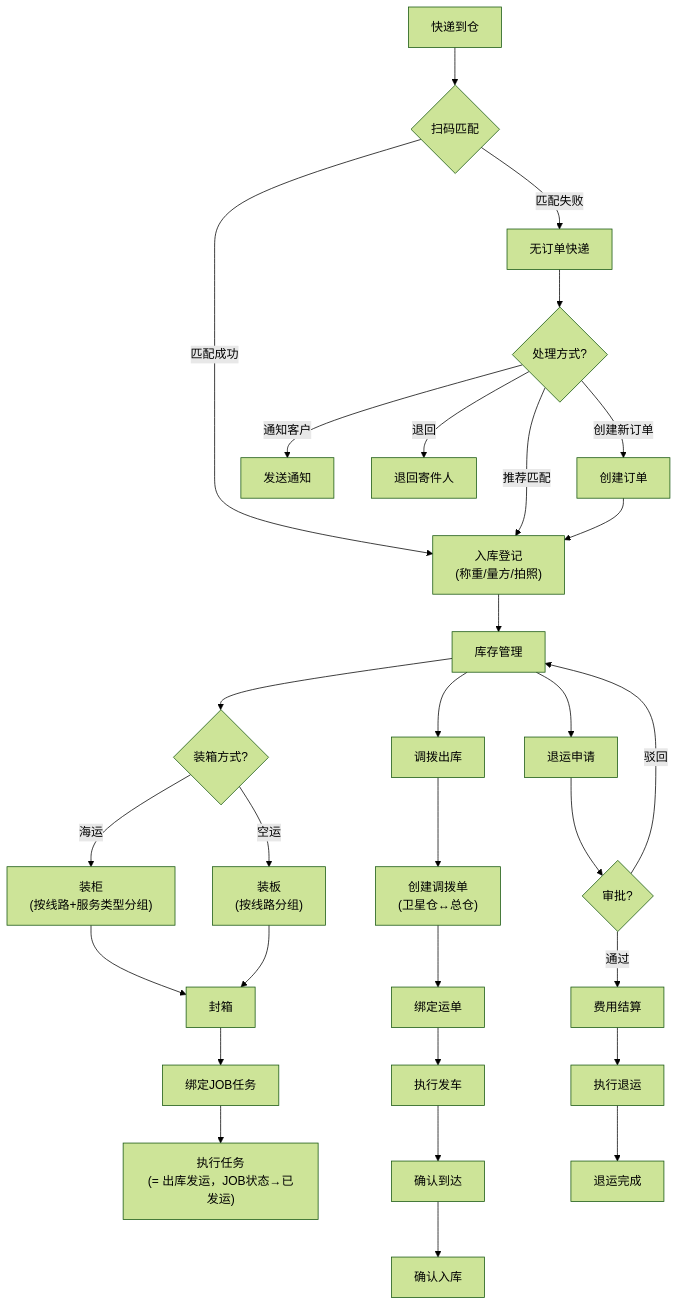
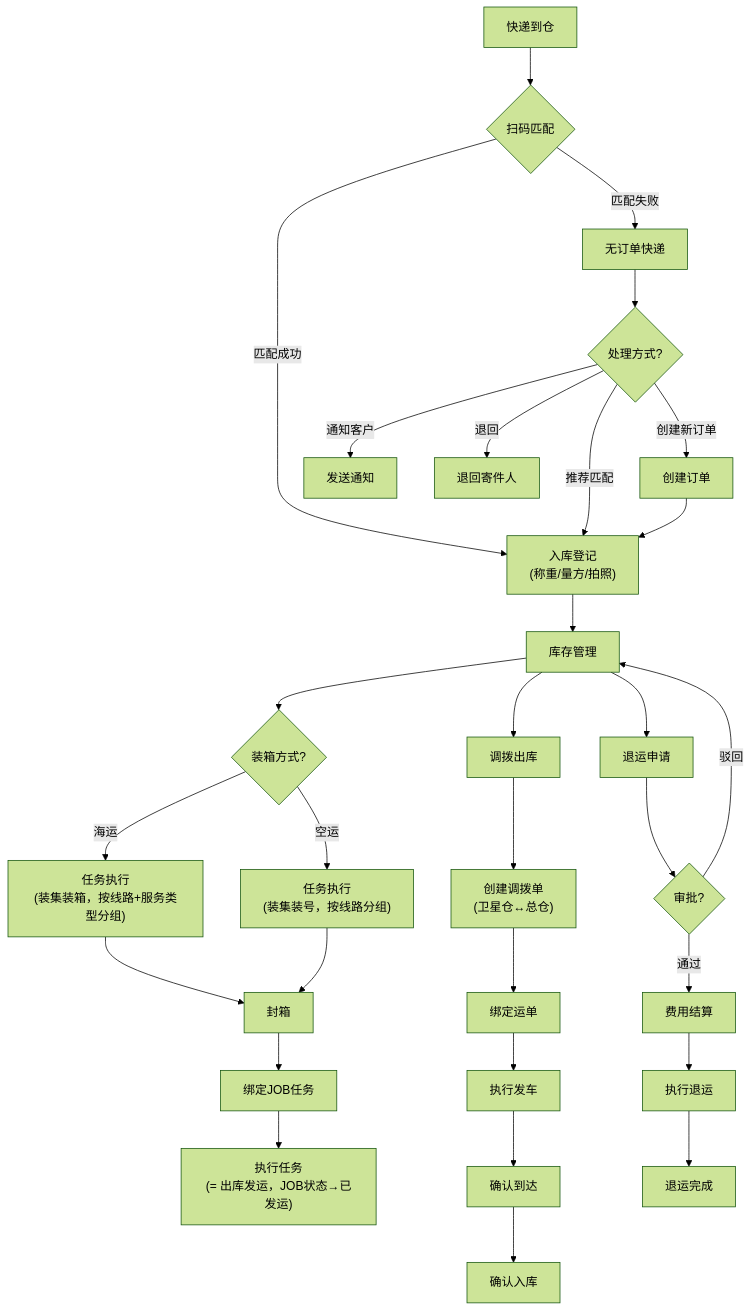
The tenth of 27 diagrams in .kiro/specs/full-system-requirements/modules/00-系统总体需求规格说明书-20260408.md (Yitiaoyu686/logistics-app), drawn with Mermaid (forest theme) before and after one commit. The commit also changed other lines of this file and 3 other files, not shown here.

````diff
--- a/.kiro/specs/full-system-requirements/modules/00-系统总体需求规格说明书-20260408.md
+++ b/.kiro/specs/full-system-requirements/modules/00-系统总体需求规格说明书-20260408.md
@@ -500,33 +500,33 @@
 ```mermaid
 graph TD
     EXPRESS["快递到仓"] --> SCAN{"扫码匹配"}
     SCAN -->|匹配成功| INBOUND["入库登记<br/>(称重/量方/拍照)"]
     SCAN -->|匹配失败| NO_ORDER["无订单快递"]
     
     NO_ORDER --> MATCH{"处理方式?"}
     MATCH -->|推荐匹配| INBOUND
     MATCH -->|创建新订单| CREATE_ORDER["创建订单"] --> INBOUND
     MATCH -->|通知客户| NOTIFY["发送通知"]
     MATCH -->|退回| RETURN_NO["退回寄件人"]
     
     INBOUND --> STOCK["库存管理"]
     
     STOCK --> PACK{"装箱方式?"}
-    PACK -->|海运| CONTAINER["装柜<br/>(按线路+服务类型分组)"]
-    PACK -->|空运| PALLET["装板<br/>(按线路分组)"]
+    PACK -->|海运| CONTAINER["任务执行<br/>(装集装箱，按线路+服务类型分组)"]
+    PACK -->|空运| PALLET["任务执行<br/>(装集装号，按线路分组)"]
     
     CONTAINER --> SEAL["封箱"] --> BIND_JOB["绑定JOB任务"]
     PALLET --> SEAL
     BIND_JOB --> EXEC_TASK["执行任务<br/>(= 出库发运，JOB状态→已发运)"]
     
     STOCK --> TRANSFER_OUT["调拨出库"]
     TRANSFER_OUT --> CREATE_TRANSFER["创建调拨单<br/>(卫星仓↔总仓)"]
     CREATE_TRANSFER --> BIND_WB["绑定运单"] --> EXECUTE["执行发车"]
     EXECUTE --> ARRIVE["确认到达"] --> TRANSFER_IN["确认入库"]
     
     STOCK --> RETURN["退运申请"]
     RETURN --> APPROVE{"审批?"}
     APPROVE -->|通过| SETTLE["费用结算"]
     APPROVE -->|驳回| STOCK
     SETTLE --> EXEC_RETURN["执行退运"] --> COMPLETE["退运完成"]
 ```
````
